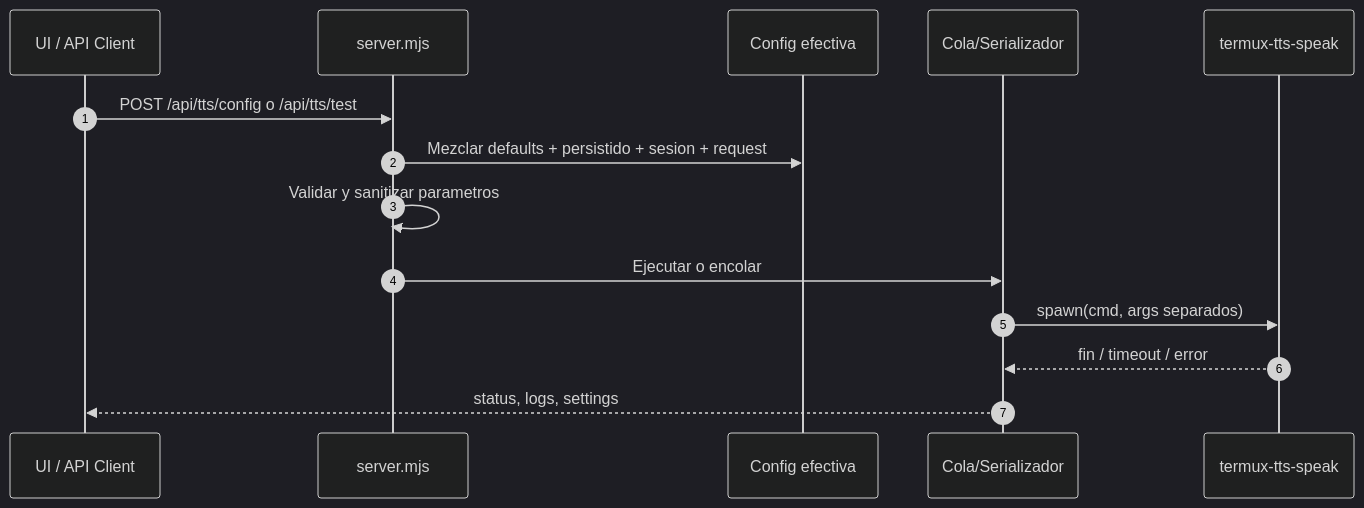
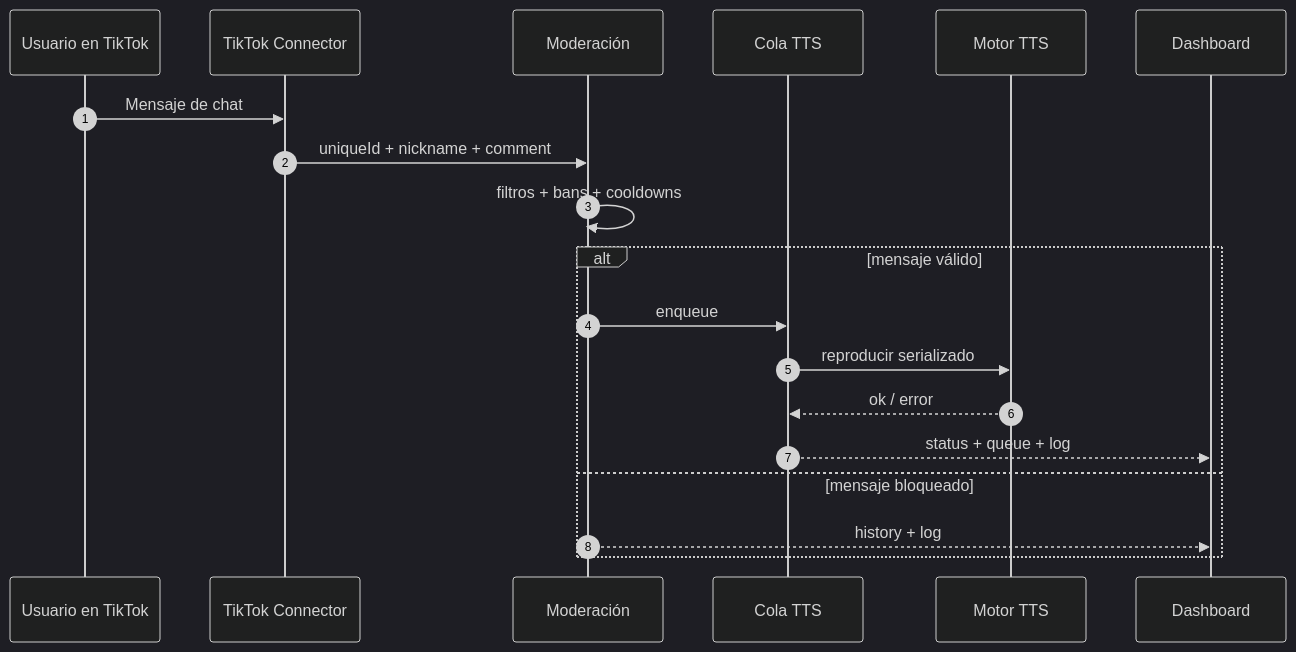
Before and after one commit to yorologo/TikTok_TTS_Control: the second of 2 diagrams in README.md, drawn with Mermaid (dark theme). The commit also changed other lines of this file and 18 other files, not shown here.

````diff
--- a/README.md
+++ b/README.md
@@ -40,17 +56,22 @@
 ```mermaid
 sequenceDiagram
   autonumber
-  participant UI as UI / API Client
-  participant API as server.mjs
-  participant CFG as Config efectiva
-  participant Q as Cola/Serializador
-  participant TTS as termux-tts-speak
+  participant User as Usuario en TikTok
+  participant TT as TikTok Connector
+  participant MOD as Moderación
+  participant Q as Cola TTS
+  participant ENG as Motor TTS
+  participant UI as Dashboard
 
-  UI->>API: POST /api/tts/config o /api/tts/test
-  API->>CFG: Mezclar defaults + persistido + sesion + request
-  API->>API: Validar y sanitizar parametros
-  API->>Q: Ejecutar o encolar
-  Q->>TTS: spawn(cmd, args separados)
-  TTS-->>Q: fin / timeout / error
-  Q-->>UI: status, logs, settings
+  User->>TT: Mensaje de chat
+  TT->>MOD: uniqueId + nickname + comment
+  MOD->>MOD: filtros + bans + cooldowns
+  alt mensaje válido
+    MOD->>Q: enqueue
+    Q->>ENG: reproducir serializado
+    ENG-->>Q: ok / error
+    Q-->>UI: status + queue + log
+  else mensaje bloqueado
+    MOD-->>UI: history + log
+  end
 ```
````
